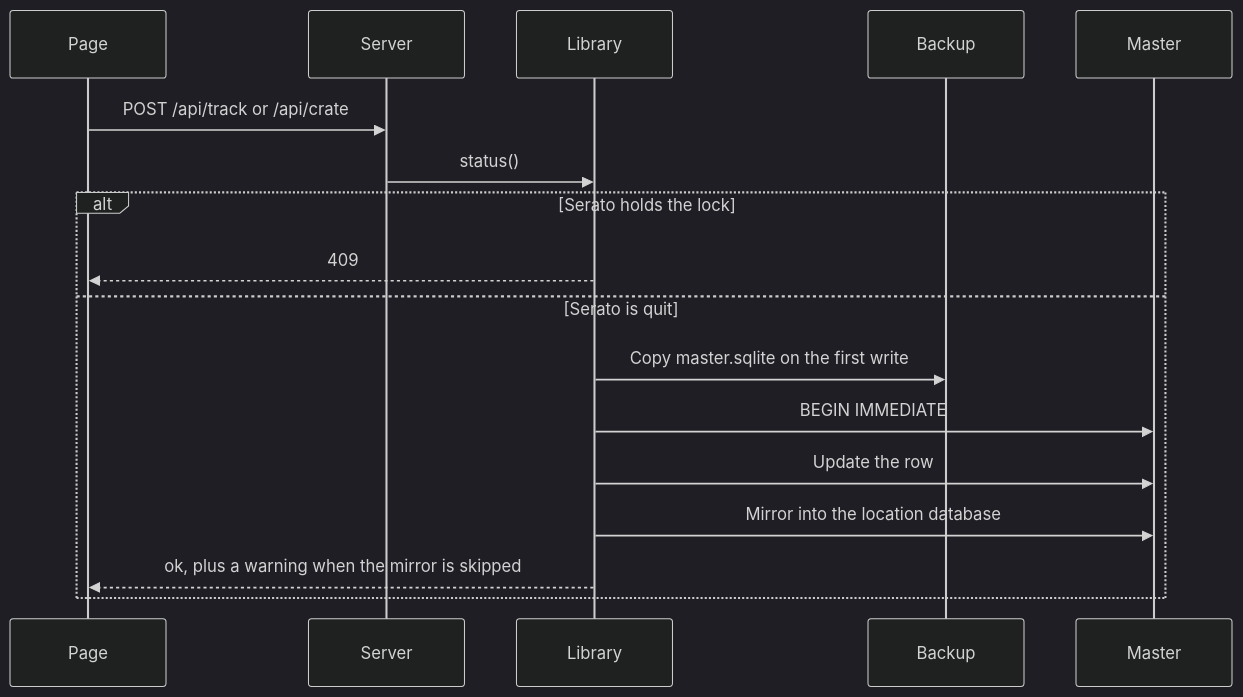
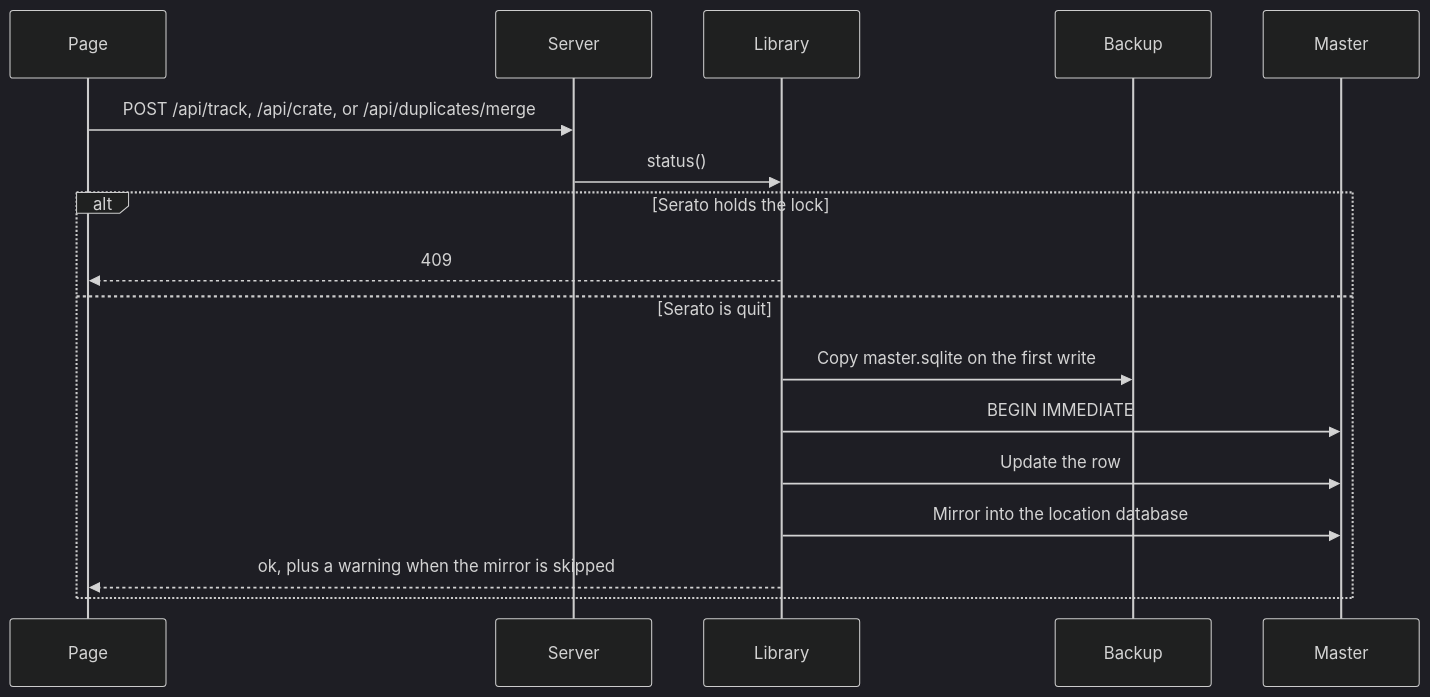
The second of 2 diagrams in docs/architecture.md (mookiejones/serato-library-manager), drawn with Mermaid (dark theme) before and after one commit. The commit also changed other lines of this file and 12 other files, not shown here.

````diff
--- a/docs/architecture.md
+++ b/docs/architecture.md
@@ -202,20 +217,20 @@
 ```mermaid
 sequenceDiagram
 participant Page
 participant Server
 participant Library
 participant Backup
 participant Master
 
-Page->>Server: POST /api/track or /api/crate
+Page->>Server: POST /api/track, /api/crate, or /api/duplicates/merge
 Server->>Library: status()
 alt Serato holds the lock
 Library-->>Page: 409
 else Serato is quit
 Library->>Backup: Copy master.sqlite on the first write
 Library->>Master: BEGIN IMMEDIATE
 Library->>Master: Update the row
 Library->>Master: Mirror into the location database
 Library-->>Page: ok, plus a warning when the mirror is skipped
 end
 ```
````
